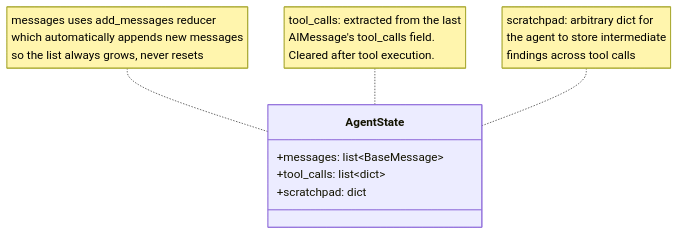
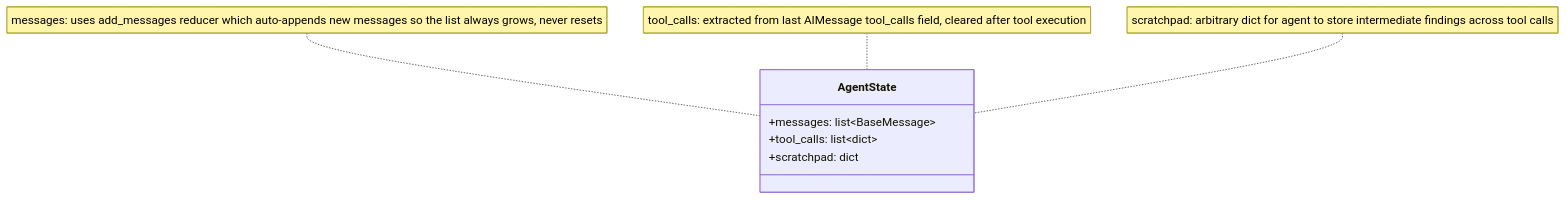
One commit to yessine15/sentinel changed the fourth of 29 diagrams in docs/PHASE2_EXPLAINED.md. Above: the diagram before and after it, drawn with Mermaid. The commit also changed other lines of this file, not shown here.

First line of the commit message:
docs: fix all mermaid v11.15.0 syntax errors in Phase 2 guide

````diff
--- a/docs/PHASE2_EXPLAINED.md
+++ b/docs/PHASE2_EXPLAINED.md
@@ -236,12 +225,12 @@
 ```mermaid
 classDiagram
     class AgentState {
         +messages: list~BaseMessage~
         +tool_calls: list~dict~
         +scratchpad: dict
     }
 
-    note for AgentState "messages uses add_messages reducer<br/>which automatically appends new messages<br/>so the list always grows, never resets"
-    note for AgentState "tool_calls: extracted from the last<br/>AIMessage's tool_calls field.<br/>Cleared after tool execution."
-    note for AgentState "scratchpad: arbitrary dict for<br/>the agent to store intermediate<br/>findings across tool calls"
+    note for AgentState "messages: uses add_messages reducer which auto-appends new messages so the list always grows, never resets"
+    note for AgentState "tool_calls: extracted from last AIMessage tool_calls field, cleared after tool execution"
+    note for AgentState "scratchpad: arbitrary dict for agent to store intermediate findings across tool calls"
 ```
````
